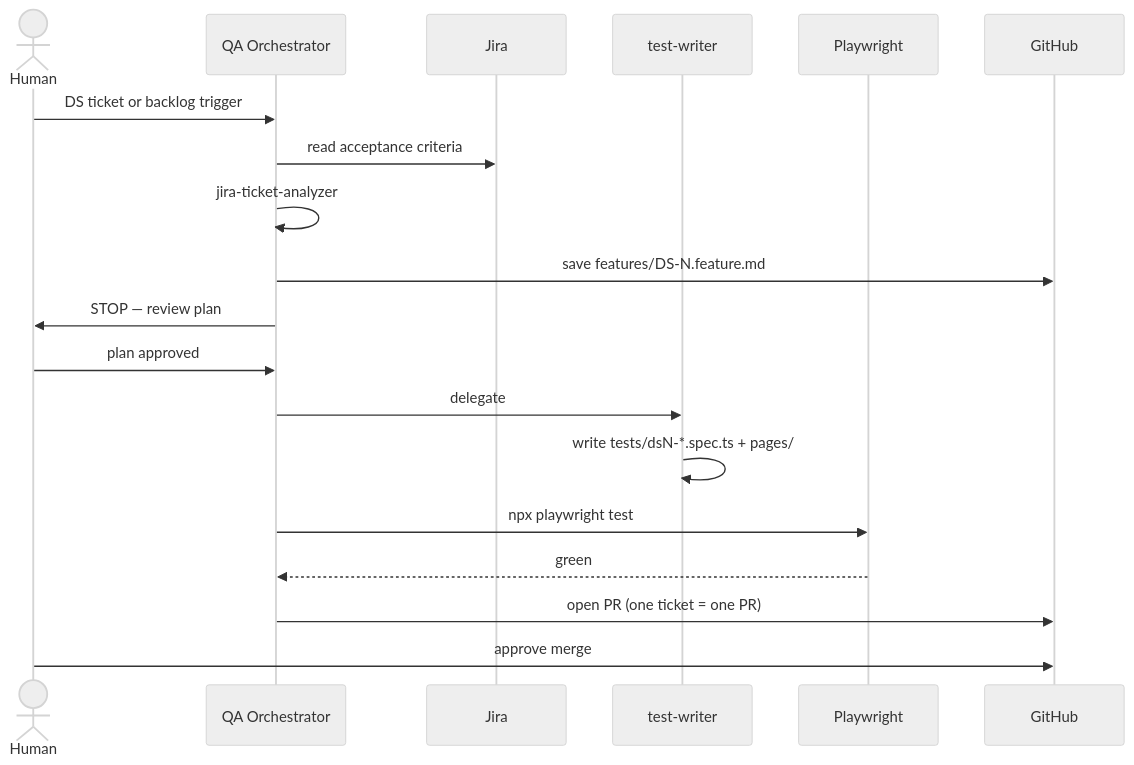
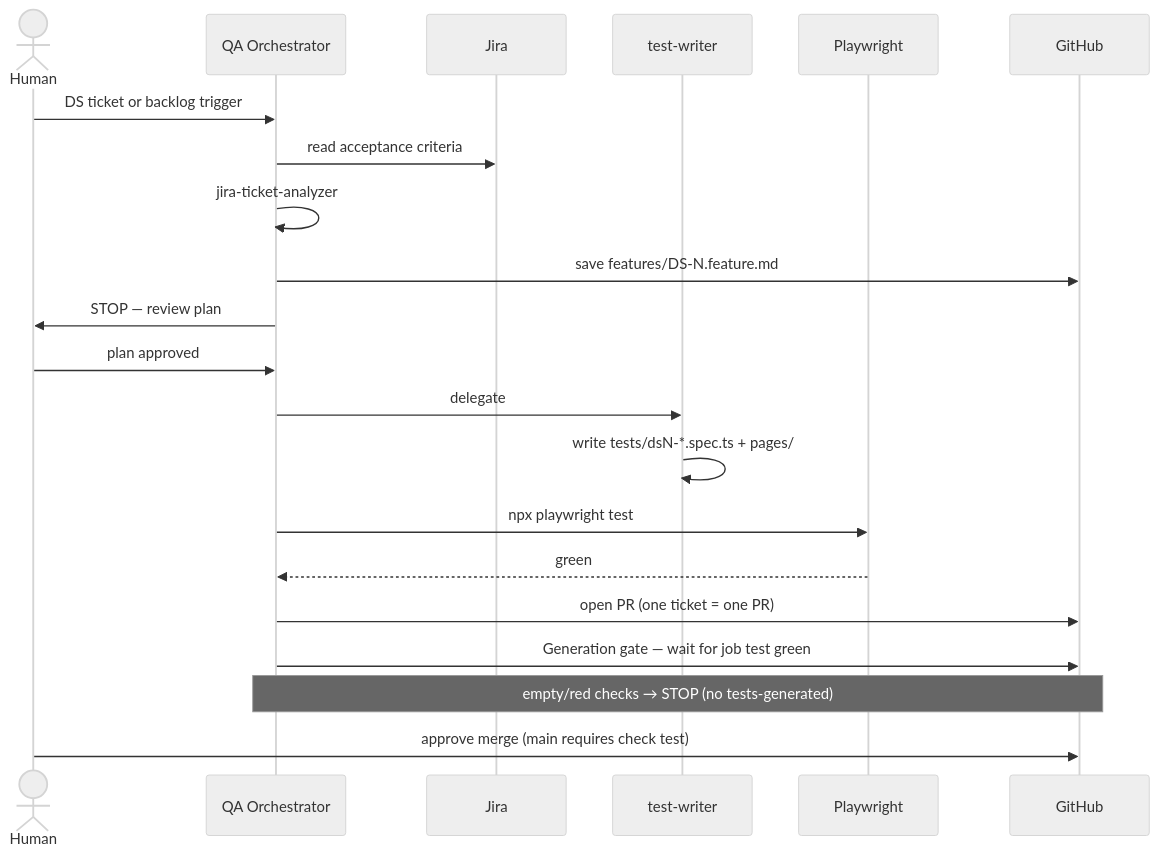
Before and after one commit to svetlanasevcencog-png/homework: the second of 4 diagrams in docs/harness-diagram.md, drawn with Mermaid (neutral theme). The commit also changed other lines of this file and 5 other files, not shown here.

First line of the commit message:
Require green Playwright CI before generation PRs are done.

````diff
--- a/docs/harness-diagram.md
+++ b/docs/harness-diagram.md
@@ -106,22 +106,24 @@
 ```mermaid
 sequenceDiagram
   actor Human
   participant Orch as QA Orchestrator
   participant Jira
   participant TW as test-writer
   participant PW as Playwright
   participant GH as GitHub
 
   Human->>Orch: DS ticket or backlog trigger
   Orch->>Jira: read acceptance criteria
   Orch->>Orch: jira-ticket-analyzer
   Orch->>GH: save features/DS-N.feature.md
   Orch->>Human: STOP — review plan
   Human->>Orch: plan approved
   Orch->>TW: delegate
   TW->>TW: write tests/dsN-*.spec.ts + pages/
   Orch->>PW: npx playwright test
   PW-->>Orch: green
   Orch->>GH: open PR (one ticket = one PR)
-  Human->>GH: approve merge
+  Orch->>GH: Generation gate — wait for job test green
+  Note over Orch,GH: empty/red checks → STOP (no tests-generated)
+  Human->>GH: approve merge (main requires check test)
 ```
````
